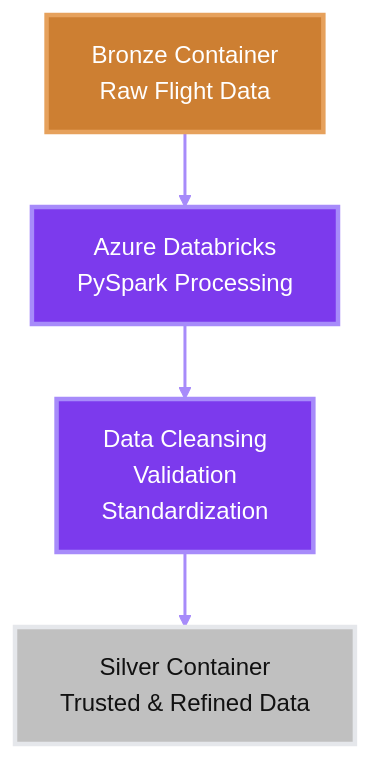
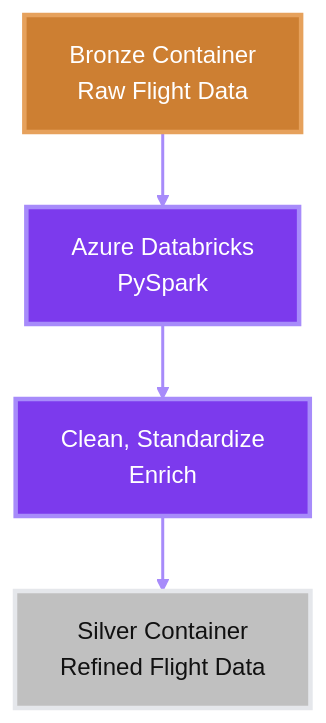
Before and after one commit to kerosene5/azure-flight-analytics-lakehouse: the diagram in 2. Silver/Overview.md, drawn with Mermaid (base theme). The commit also changed other lines of this file, not shown here.

````diff
--- a/2. Silver/Overview.md
+++ b/2. Silver/Overview.md
@@ -62,25 +58,25 @@
 ```mermaid
 flowchart TB
 
     B["Bronze Container<br/>Raw Flight Data"]
 
-    D["Azure Databricks<br/>PySpark Processing"]
+    D["Azure Databricks<br/>PySpark"]
 
-    T["Data Cleansing<br/>Validation<br/>Standardization"]
+    T["Clean, Standardize<br/>Enrich"]
 
-    S["Silver Container<br/>Trusted & Refined Data"]
+    S["Silver Container<br/>Refined Flight Data"]
 
     B --> D
     D --> T
     T --> S
 
     style B fill:#CD7F32,stroke:#E6A15C,color:#FFFFFF,stroke-width:3px
 
     style D fill:#7C3AED,stroke:#A78BFA,color:#FFFFFF,stroke-width:3px
 
     style T fill:#7C3AED,stroke:#A78BFA,color:#FFFFFF,stroke-width:3px
 
     style S fill:#C0C0C0,stroke:#E5E7EB,color:#111111,stroke-width:3px
 
     linkStyle default stroke:#A78BFA,stroke-width:2px
 ```
````
